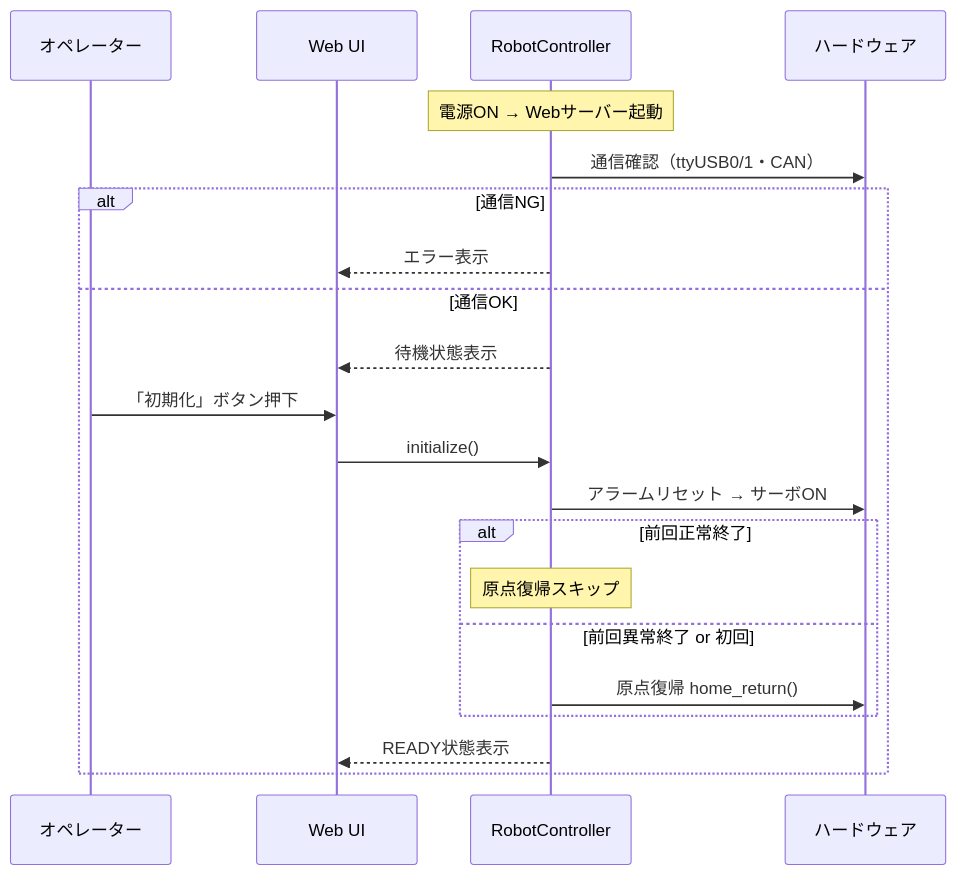
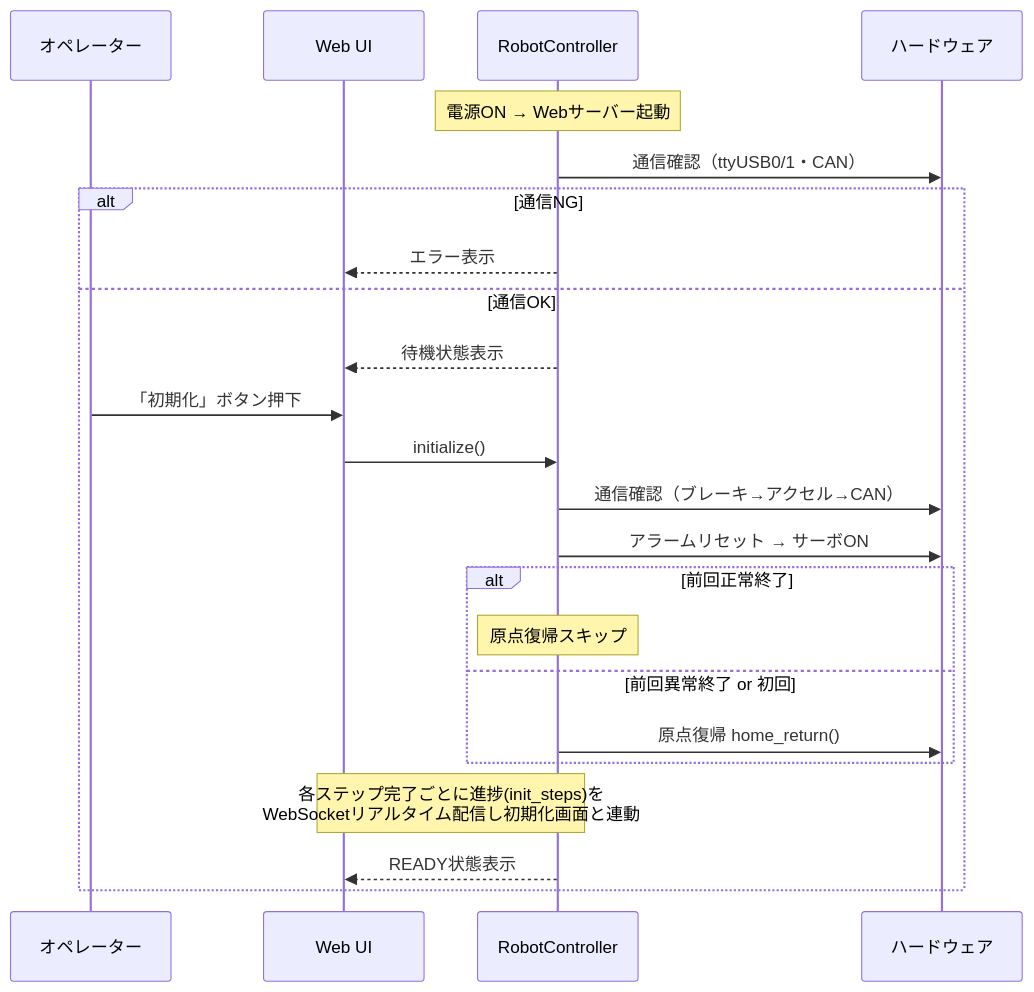
The fourth of 10 diagrams in docs/functional-design.md (sskkusk1219/driving_robot), drawn with Mermaid before and after one commit. The commit also changed other lines of this file and 10 other files, not shown here.

````diff
--- a/docs/functional-design.md
+++ b/docs/functional-design.md
@@ -584,24 +584,26 @@
 ```mermaid
 sequenceDiagram
     participant Op as オペレーター
     participant UI as Web UI
     participant RC as RobotController
     participant HW as ハードウェア
 
     Note over RC: 電源ON → Webサーバー起動
     RC->>HW: 通信確認（ttyUSB0/1・CAN）
     alt 通信NG
         RC-->>UI: エラー表示
     else 通信OK
         RC-->>UI: 待機状態表示
         Op->>UI: 「初期化」ボタン押下
         UI->>RC: initialize()
+        RC->>HW: 通信確認（ブレーキ→アクセル→CAN）
         RC->>HW: アラームリセット → サーボON
         alt 前回正常終了
             Note over RC: 原点復帰スキップ
         else 前回異常終了 or 初回
             RC->>HW: 原点復帰 home_return()
         end
+        Note over RC,UI: 各ステップ完了ごとに進捗(init_steps)を<br/>WebSocketリアルタイム配信し初期化画面と連動
         RC-->>UI: READY状態表示
     end
 ```
````
